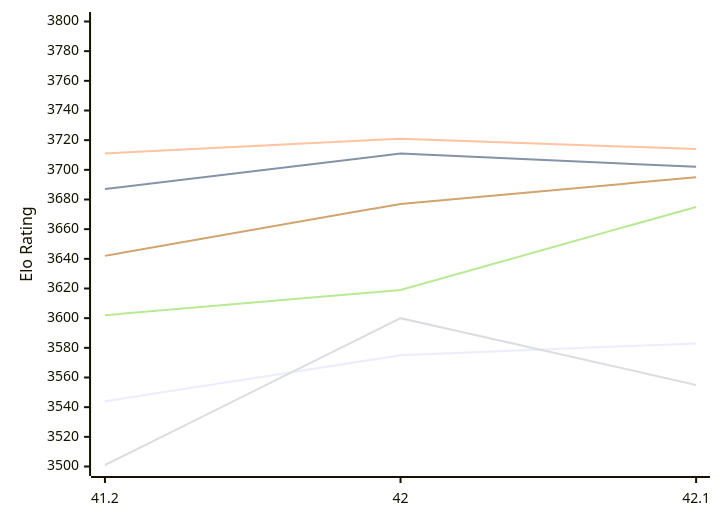
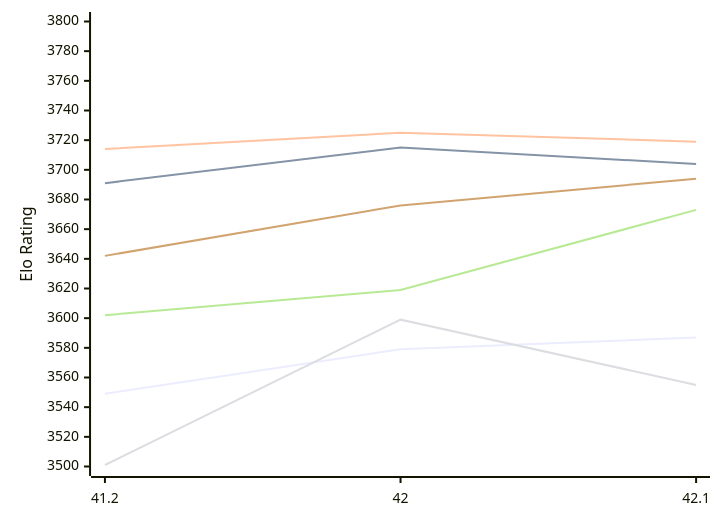
The first of 2 diagrams in engines/Shashchess.md (computer-chess-index/cci), drawn with Mermaid before and after one commit. The commit also changed other lines of this file, not shown here.

Commit message:
Update CCI Ratings (ELO VLTC) - 2026-11-22

````diff
--- a/engines/Shashchess.md
+++ b/engines/Shashchess.md
@@ -52,12 +52,12 @@
 ```mermaid
 %%{init: {"theme":"base","themeVariables":{"seriesColors:['#a3a3a3','#222221','#faa371']}}}%%
 xychart-beta
   x-axis ["41.2", "42", "42.1"]
   y-axis "Elo Rating" 3500 --> 3800
-  line "E1: STC (8.0+0.08s)" [3544, 3575, 3583]
-  line "E1: LTC (60.0+0.60s)" [3687, 3711, 3702]
-  line "E1: VLTC (2m24s+1.12s)" [3711, 3721, 3714]
-  line "P1: STC (8.0+0.08s)" [3501, 3600, 3555]
-  line "P1: LTC (60.0+0.60s)" [3602, 3619, 3675]
-  line "P1: VLTC (2m24s+1.12s)" [3642, 3677, 3695]
+  line "E1: STC (8.0+0.08s)" [3549, 3579, 3587]
+  line "E1: LTC (60.0+0.60s)" [3691, 3715, 3704]
+  line "E1: VLTC (2m24s+1.12s)" [3714, 3725, 3719]
+  line "P1: STC (8.0+0.08s)" [3501, 3599, 3555]
+  line "P1: LTC (60.0+0.60s)" [3602, 3619, 3673]
+  line "P1: VLTC (2m24s+1.12s)" [3642, 3676, 3694]
 ```
````
